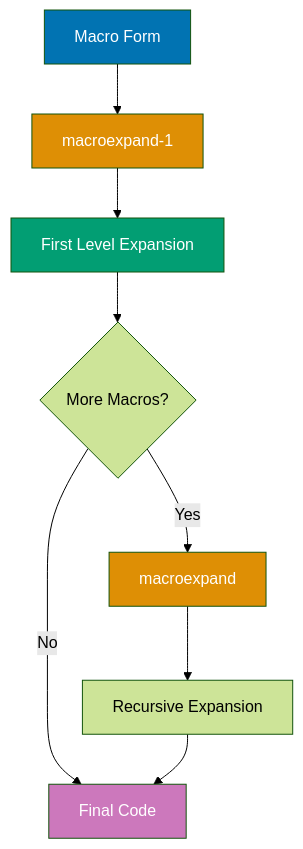
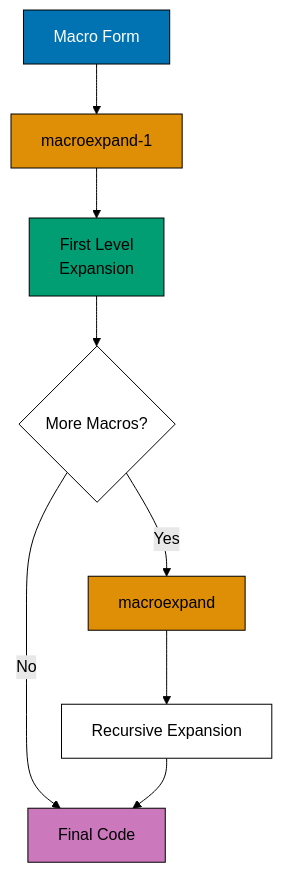
One commit to wahidyankf/ose-public changed the second of 13 diagrams in apps/ayokoding-www/content/en/learn/legacy/software-engineering/programming-languages/clojure/by-example/advanced.md. Above: the diagram before and after it, drawn with Mermaid (forest theme). The commit also changed other lines of this file and 112 other files, not shown here.

First line of the commit message:
fix(mermaid): bring the legacy programming-languages diagrams onto the accessible palette

````diff
--- a/apps/ayokoding-www/content/en/learn/legacy/software-engineering/programming-languages/clojure/by-example/advanced.md
+++ b/apps/ayokoding-www/content/en/learn/legacy/software-engineering/programming-languages/clojure/by-example/advanced.md
@@ -87,17 +94,24 @@
 ```mermaid
 %% Macro expansion process
 graph TD
+    accTitle: Example 56: Macro Debugging with macroexpand
+    accDescr: Graph with 7 nodes and 7 connections. Nodes: Macro Form, macroexpand-1, First Level Expansion, More Macros?, macroexpand, Final Code, Recursive Expansion. Connections: Macro Form to macroexpand-1, macroexpand-1 to First Level Expansion, First Level Expansion to More Macros?, More Macros? to macroexpand (Yes), More Macros? to Final Code (No), macroexpand to Recursive Expansion, Recursive Expansion to Final Code.
     A[Macro Form] --> B[macroexpand-1]
-    B --> C[First Level Expansion]
+    B --> C[First Level<br/>Expansion]
     C --> D{More Macros?}
     D -->|Yes| E[macroexpand]
     D -->|No| F[Final Code]
     E --> G[Recursive Expansion]
     G --> F
 
-    style A fill:#0173B2,color:#fff
-    style B fill:#DE8F05,color:#fff
-    style C fill:#029E73,color:#fff
-    style E fill:#DE8F05,color:#fff
-    style F fill:#CC78BC,color:#fff
+    classDef pal-0173B2 fill:#0173B2,stroke:#000000,color:#FFFFFF
+    class A pal-0173B2
+    classDef pal-DE8F05 fill:#DE8F05,stroke:#000000,color:#000000
+    class B pal-DE8F05
+    classDef pal-029E73 fill:#029E73,stroke:#000000,color:#000000
+    class C pal-029E73
+    class E pal-DE8F05
+    classDef pal-CC78BC fill:#CC78BC,stroke:#000000,color:#000000
+    class F pal-CC78BC
+    classDef default fill:#FFFFFF,stroke:#000000,color:#000000
 ```
````
